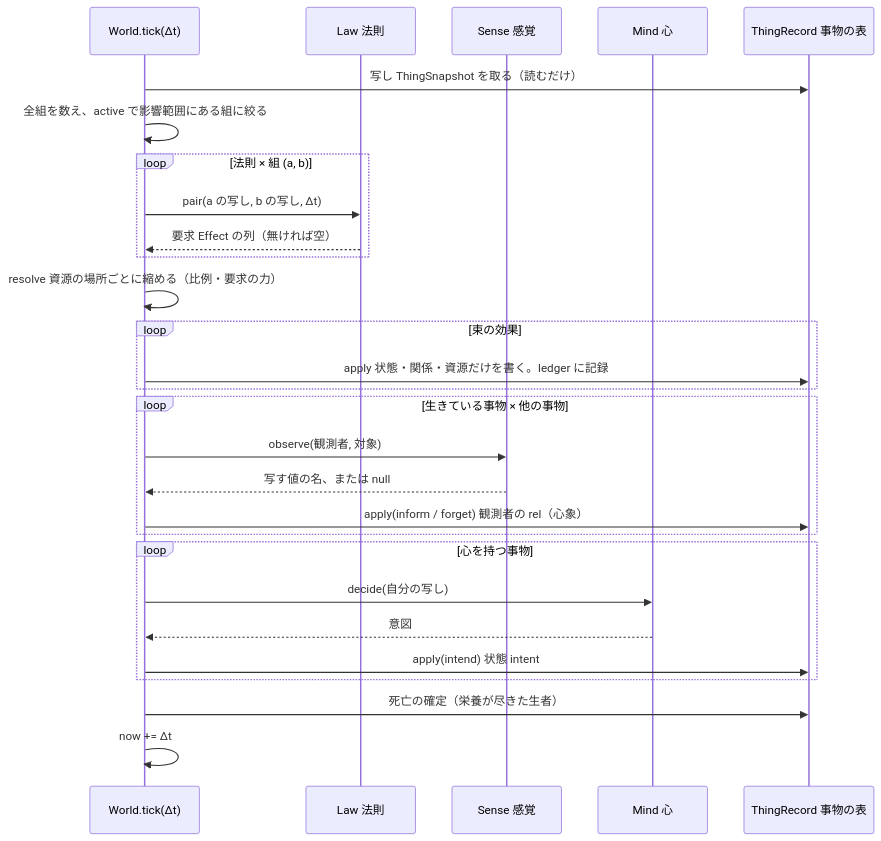
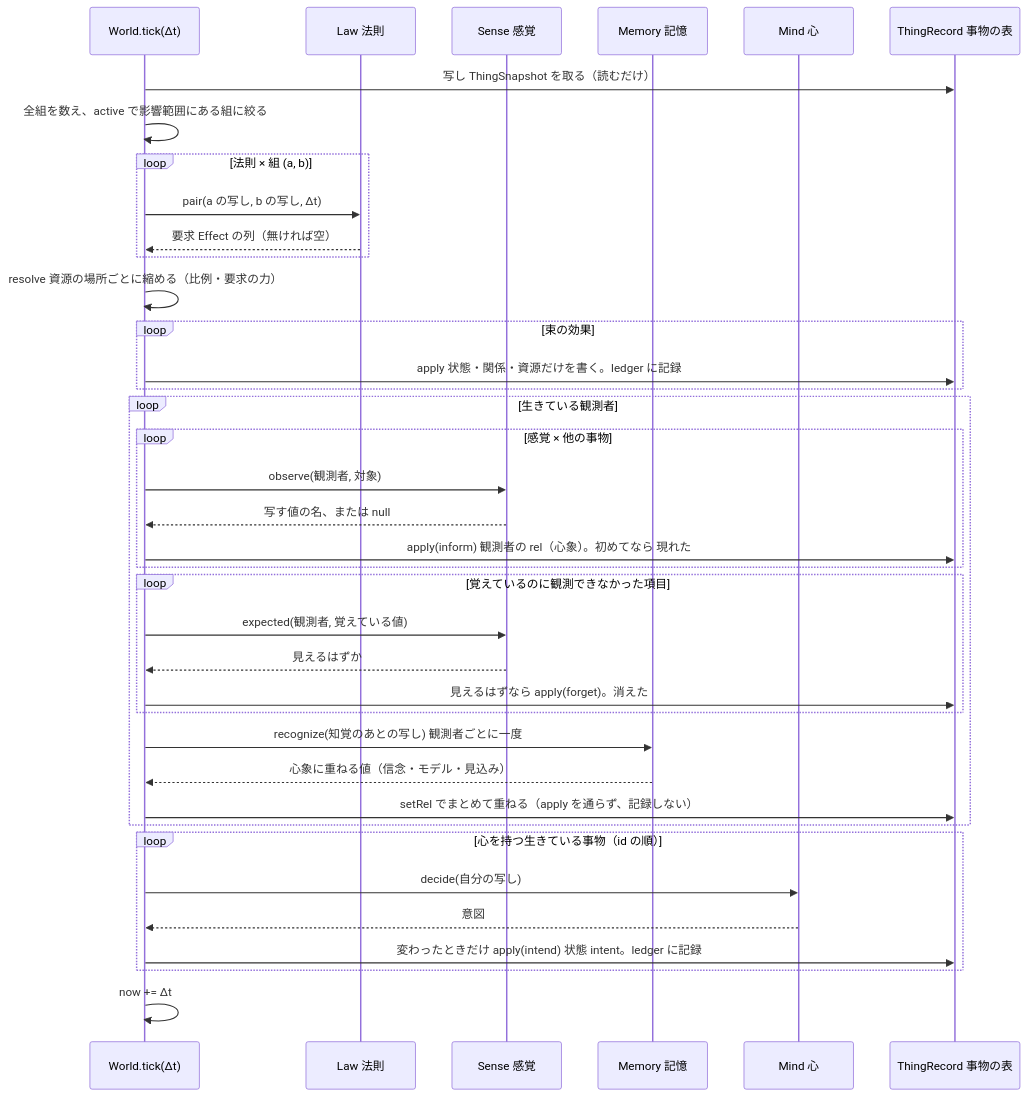
Before and after one commit to demerzel09/Medieval-Simulator: the diagram in docs/figures/src/design-fig7-sequence.mmd, drawn with Mermaid. The commit also changed 10 other files, not shown here.

```diff
--- a/docs/figures/src/design-fig7-sequence.mmd
+++ b/docs/figures/src/design-fig7-sequence.mmd
@@ -1,28 +1,38 @@
 sequenceDiagram
   participant W as World.tick(Δt)
   participant L as Law 法則
   participant S as Sense 感覚
+  participant Me as Memory 記憶
   participant M as Mind 心
   participant T as ThingRecord 事物の表
   W->>T: 写し ThingSnapshot を取る（読むだけ）
   W->>W: 全組を数え、active で影響範囲にある組に絞る
   loop 法則 × 組 (a, b)
     W->>L: pair(a の写し, b の写し, Δt)
     L-->>W: 要求 Effect の列（無ければ空）
   end
   W->>W: resolve 資源の場所ごとに縮める（比例・要求の力）
   loop 束の効果
     W->>T: apply 状態・関係・資源だけを書く。ledger に記録
   end
-  loop 生きている事物 × 他の事物
-    W->>S: observe(観測者, 対象)
-    S-->>W: 写す値の名、または null
-    W->>T: apply(inform / forget) 観測者の rel（心象）
+  loop 生きている観測者
+    loop 感覚 × 他の事物
+      W->>S: observe(観測者, 対象)
+      S-->>W: 写す値の名、または null
+      W->>T: apply(inform) 観測者の rel（心象）。初めてなら 現れた
+    end
+    loop 覚えているのに観測できなかった項目
+      W->>S: expected(観測者, 覚えている値)
+      S-->>W: 見えるはずか
+      W->>T: 見えるはずなら apply(forget)。消えた
+    end
+    W->>Me: recognize(知覚のあとの写し) 観測者ごとに一度
+    Me-->>W: 心象に重ねる値（信念・モデル・見込み）
+    W->>T: setRel でまとめて重ねる（apply を通らず、記録しない）
   end
-  loop 心を持つ事物
+  loop 心を持つ生きている事物（id の順）
     W->>M: decide(自分の写し)
     M-->>W: 意図
-    W->>T: apply(intend) 状態 intent
+    W->>T: 変わったときだけ apply(intend) 状態 intent。ledger に記録
   end
-  W->>T: 死亡の確定（栄養が尽きた生者）
   W->>W: now += Δt
```
